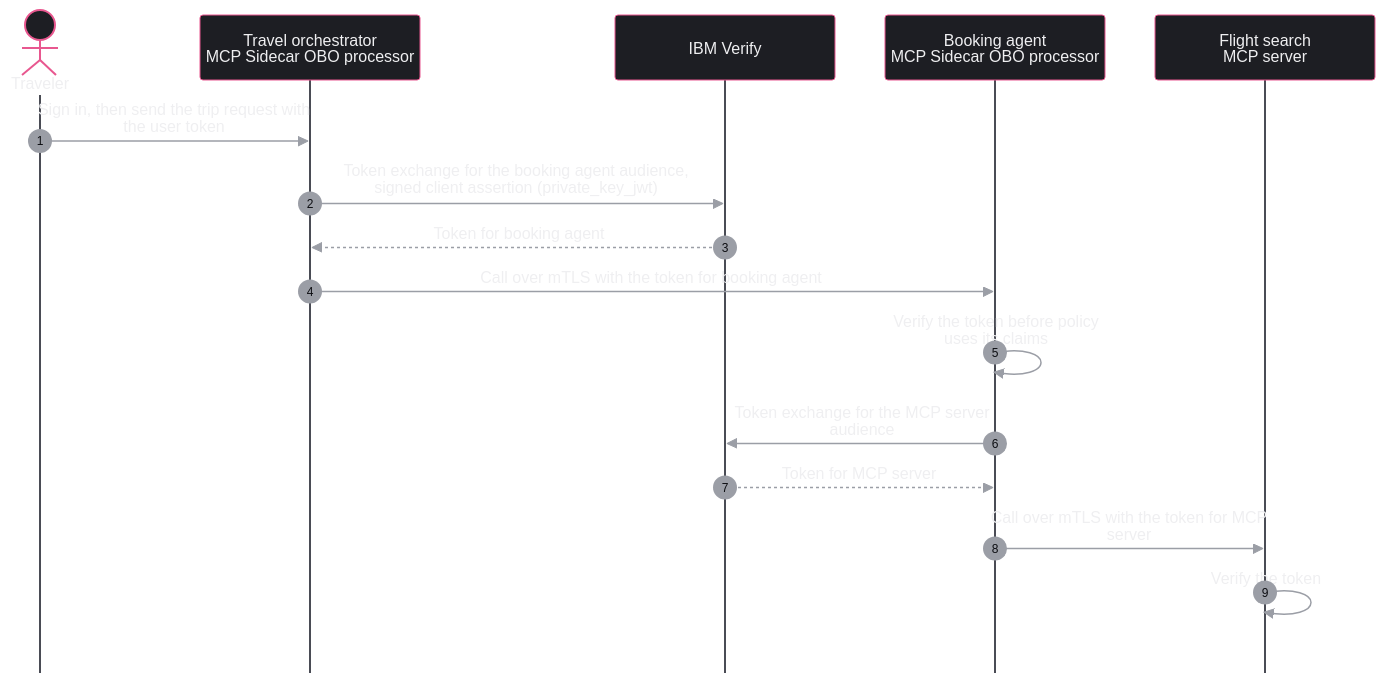
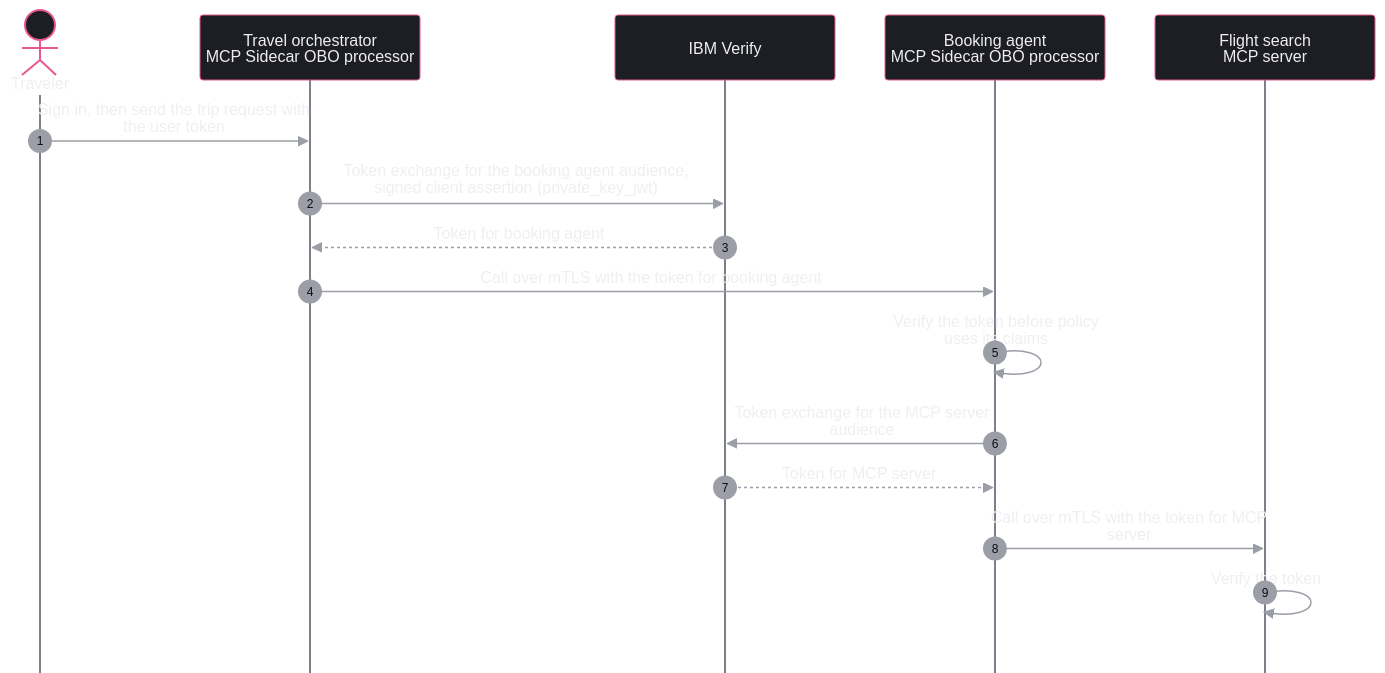
One commit to hashicorp/web-unified-docs changed the diagram in content/consul/v2.1.x/diagram-sources/obo-token-exchange_dark.mmd. Above: the diagram before and after it, drawn with Mermaid. The commit also changed 34 other files, not shown here.

First line of the commit message:
Raise diagram contrast and add a non-color cue for ARF components

```diff
--- a/content/consul/v2.1.x/diagram-sources/obo-token-exchange_dark.mmd
+++ b/content/consul/v2.1.x/diagram-sources/obo-token-exchange_dark.mmd
@@ -1,18 +1,18 @@
-%%{init: {"theme":"base","fontFamily":"Helvetica, Arial, sans-serif","flowchart":{"curve":"step","nodeSpacing":60,"rankSpacing":75,"htmlLabels":true},"themeVariables":{"fontFamily":"Helvetica, Arial, sans-serif","fontSize":"16px","background":"#0d0e12","primaryColor":"#1d1e23","primaryBorderColor":"#4a4c55","primaryTextColor":"#efeff1","lineColor":"#9b9ea6","clusterBkg":"#16171c","clusterBorder":"#4a4c55","titleColor":"#efeff1","edgeLabelBackground":"#0d0e12","actorBkg":"#1d1e23","actorBorder":"#e8578f","actorTextColor":"#efeff1","actorLineColor":"#4a4c55","signalColor":"#9b9ea6","signalTextColor":"#efeff1","noteBkgColor":"#16171c","noteBorderColor":"#4a4c55","noteTextColor":"#efeff1","activationBkgColor":"#24131b","activationBorderColor":"#7a2e50","sequenceNumberColor":"#0d0e12"},"sequence":{"mirrorActors":false,"width":220,"actorMargin":50,"messageMargin":50,"boxMargin":10,"noteMargin":12,"wrap":true}}}%%
+%%{init: {"theme":"base","fontFamily":"Helvetica, Arial, sans-serif","flowchart":{"curve":"step","nodeSpacing":60,"rankSpacing":75,"htmlLabels":true},"themeVariables":{"fontFamily":"Helvetica, Arial, sans-serif","fontSize":"16px","background":"#0d0e12","primaryColor":"#1d1e23","primaryBorderColor":"#7d808a","primaryTextColor":"#efeff1","lineColor":"#9b9ea6","clusterBkg":"#16171c","clusterBorder":"#7d808a","titleColor":"#efeff1","edgeLabelBackground":"#0d0e12","actorBkg":"#1d1e23","actorBorder":"#e8578f","actorTextColor":"#efeff1","actorLineColor":"#7d808a","signalColor":"#9b9ea6","signalTextColor":"#efeff1","noteBkgColor":"#16171c","noteBorderColor":"#7d808a","noteTextColor":"#efeff1","activationBkgColor":"#24131b","activationBorderColor":"#b5527f","sequenceNumberColor":"#0d0e12"},"sequence":{"mirrorActors":false,"width":220,"actorMargin":50,"messageMargin":50,"boxMargin":10,"noteMargin":12,"wrap":true}}}%%
 sequenceDiagram
   autonumber
   actor traveler as Traveler
   participant orch as Travel orchestrator<br/>MCP Sidecar OBO processor
   participant idp as IBM Verify
   participant booking as Booking agent<br/>MCP Sidecar OBO processor
   participant mcp as Flight search<br/>MCP server
 
   traveler->>orch: Sign in, then send the trip request with the user token
   orch->>idp: Token exchange for the booking agent audience,<br/>signed client assertion (private_key_jwt)
   idp-->>orch: Token for booking agent
   orch->>booking: Call over mTLS with the token for booking agent
   booking->>booking: Verify the token before policy uses its claims
   booking->>idp: Token exchange for the MCP server audience
   idp-->>booking: Token for MCP server
   booking->>mcp: Call over mTLS with the token for MCP server
   mcp->>mcp: Verify the token
```
